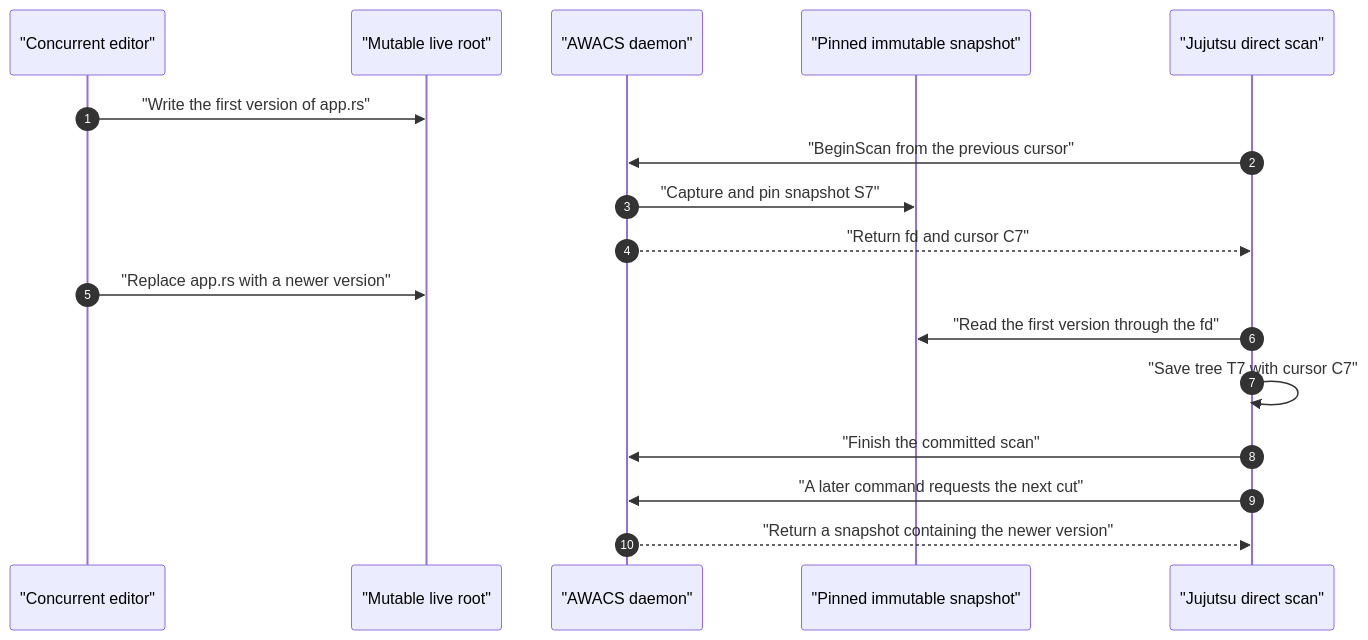
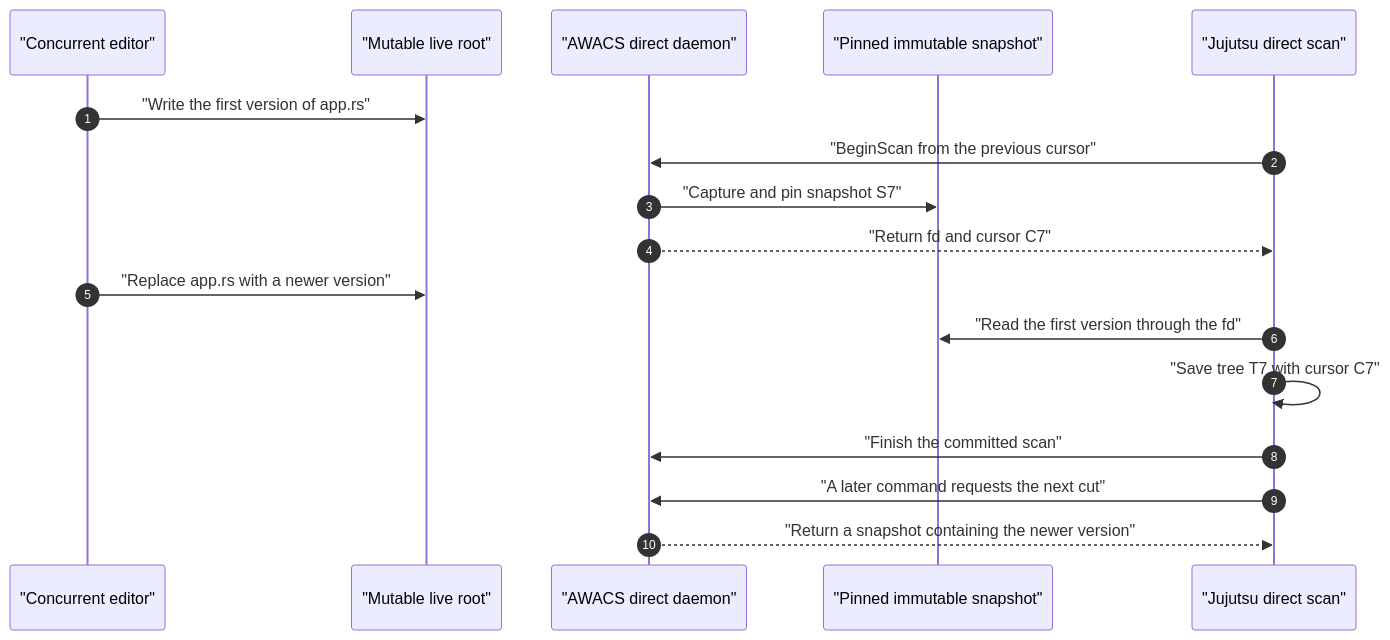
Before and after one commit to adamh-oai/jj: the first of 2 diagrams in btrfs-awacs/docs/src/content/docs/walkthroughs/single-workspace-concurrent.md, drawn with Mermaid. The commit also changed other lines of this file and 49 other files, not shown here.

````diff
--- a/btrfs-awacs/docs/src/content/docs/walkthroughs/single-workspace-concurrent.md
+++ b/btrfs-awacs/docs/src/content/docs/walkthroughs/single-workspace-concurrent.md
@@ -63,20 +63,20 @@
 ```mermaid
 sequenceDiagram
     autonumber
     participant Editor as "Concurrent editor"
     participant Live as "Mutable live root"
-    participant Daemon as "AWACS daemon"
+    participant Daemon as "AWACS direct daemon"
     participant Snap as "Pinned immutable snapshot"
     participant JJ as "Jujutsu direct scan"
 
     Editor->>Live: "Write the first version of app.rs"
     JJ->>Daemon: "BeginScan from the previous cursor"
     Daemon->>Snap: "Capture and pin snapshot S7"
     Daemon-->>JJ: "Return fd and cursor C7"
     Editor->>Live: "Replace app.rs with a newer version"
     JJ->>Snap: "Read the first version through the fd"
     JJ->>JJ: "Save tree T7 with cursor C7"
     JJ->>Daemon: "Finish the committed scan"
     JJ->>Daemon: "A later command requests the next cut"
     Daemon-->>JJ: "Return a snapshot containing the newer version"
 ```
````
